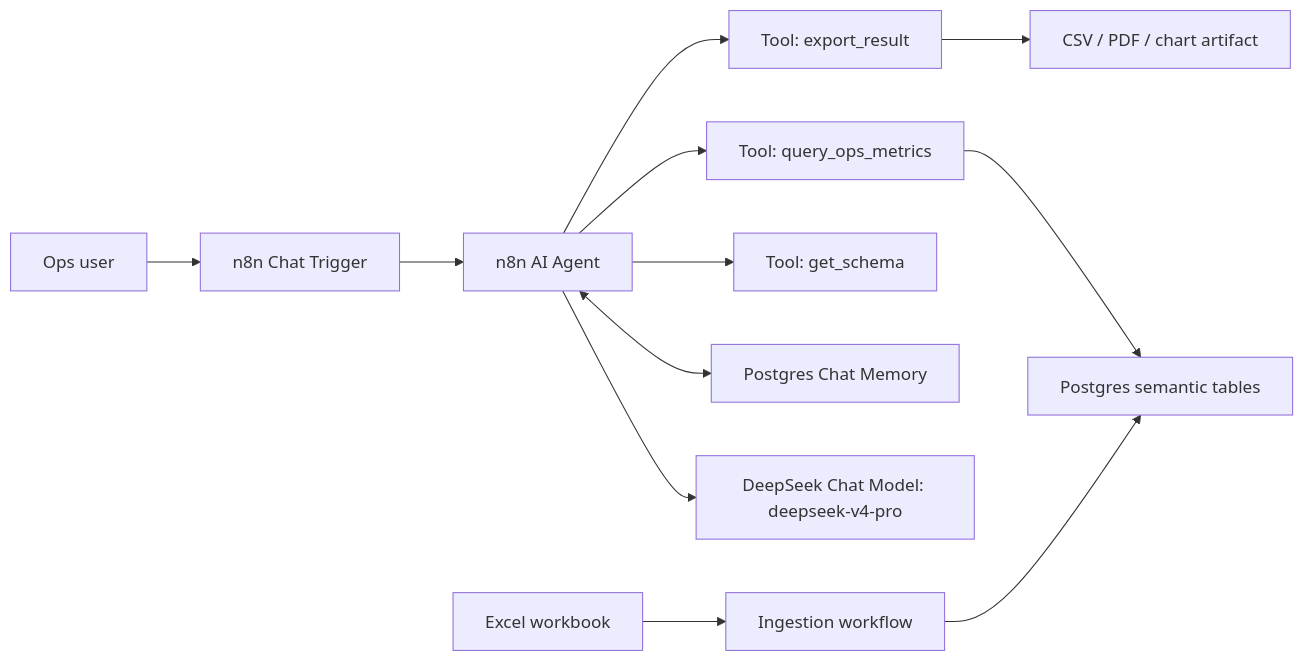
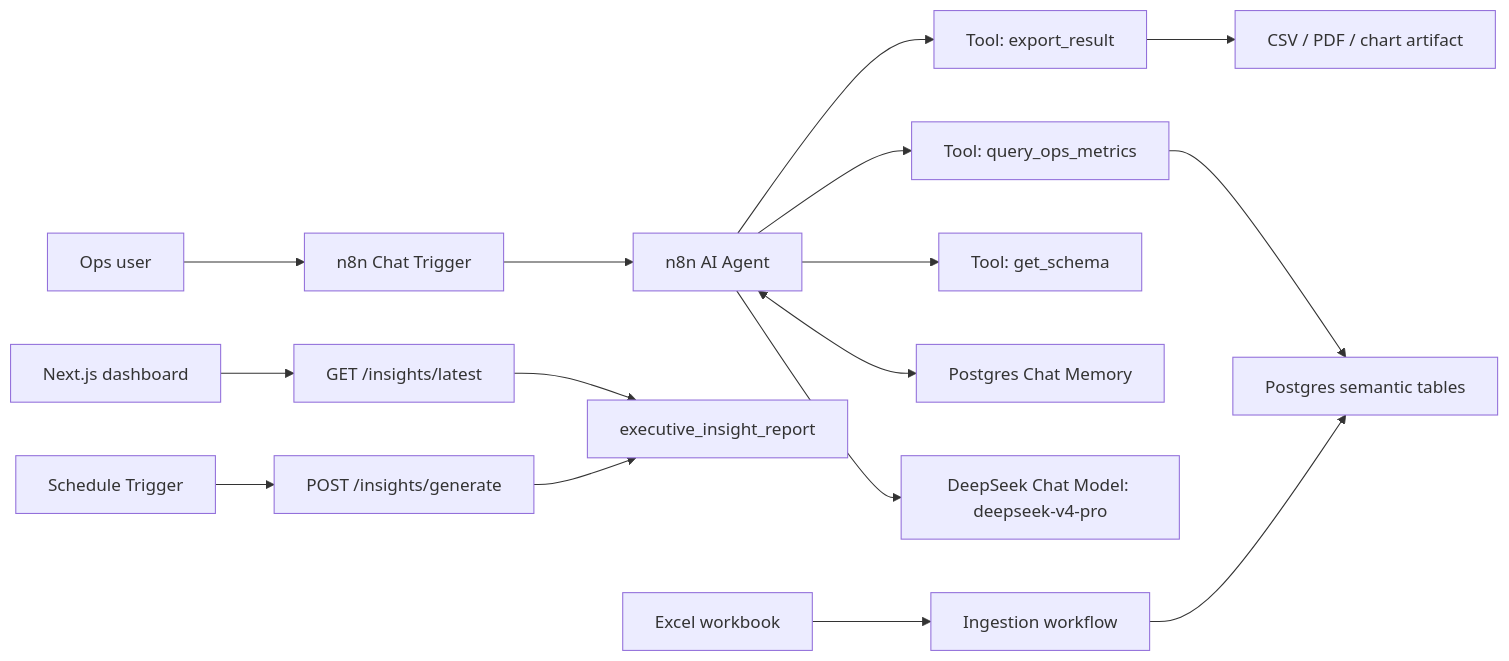
Before and after one commit to nicoceron/rappi-ops-copilot: the diagram in docs/n8n-rappi-ops-copilot-design.md, drawn with Mermaid. The commit also changed other lines of this file and 37 other files, not shown here.

````diff
--- a/docs/n8n-rappi-ops-copilot-design.md
+++ b/docs/n8n-rappi-ops-copilot-design.md
@@ -76,14 +76,18 @@
 ```mermaid
 flowchart LR
   user["Ops user"] --> chat["n8n Chat Trigger"]
   chat --> agent["n8n AI Agent"]
   agent --> model["DeepSeek Chat Model: deepseek-v4-pro"]
   agent <--> memory["Postgres Chat Memory"]
   agent --> schemaTool["Tool: get_schema"]
   agent --> queryTool["Tool: query_ops_metrics"]
   agent --> exportTool["Tool: export_result"]
   queryTool --> db["Postgres semantic tables"]
   exportTool --> files["CSV / PDF / chart artifact"]
+  schedule["Schedule Trigger"] --> reportApi["POST /insights/generate"]
+  reportApi --> reportTable["executive_insight_report"]
+  next["Next.js dashboard"] --> latestReport["GET /insights/latest"]
+  latestReport --> reportTable
   ingest["Ingestion workflow"] --> db
   xlsx["Excel workbook"] --> ingest
 ```
````
